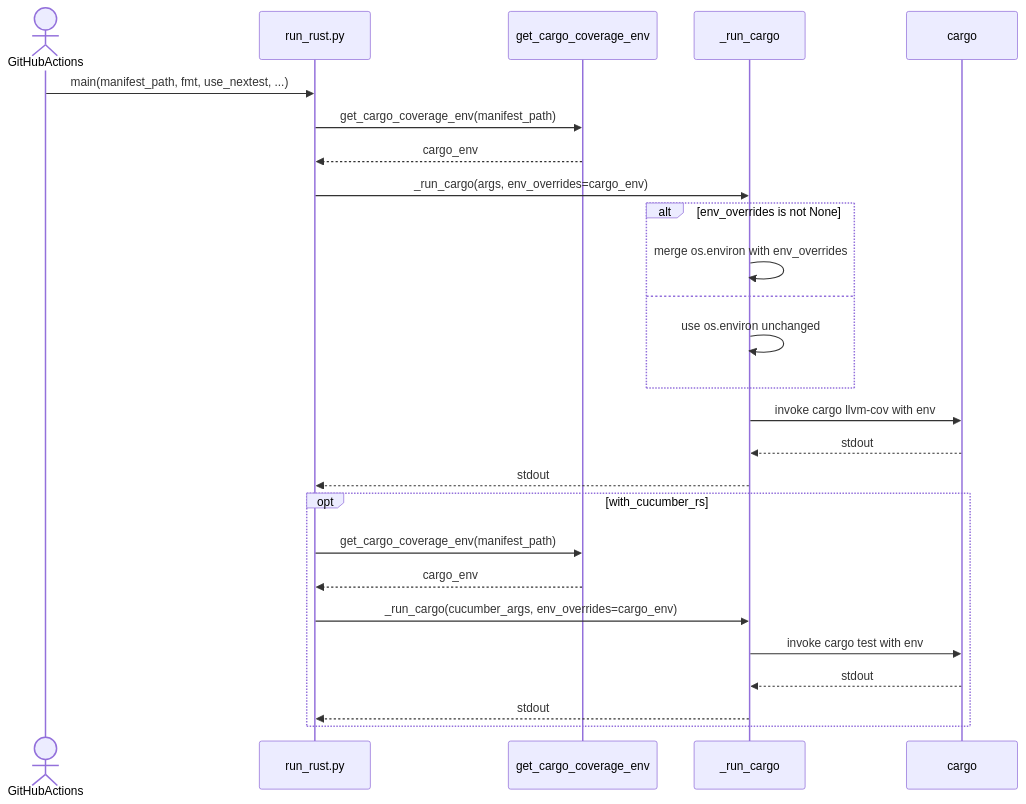
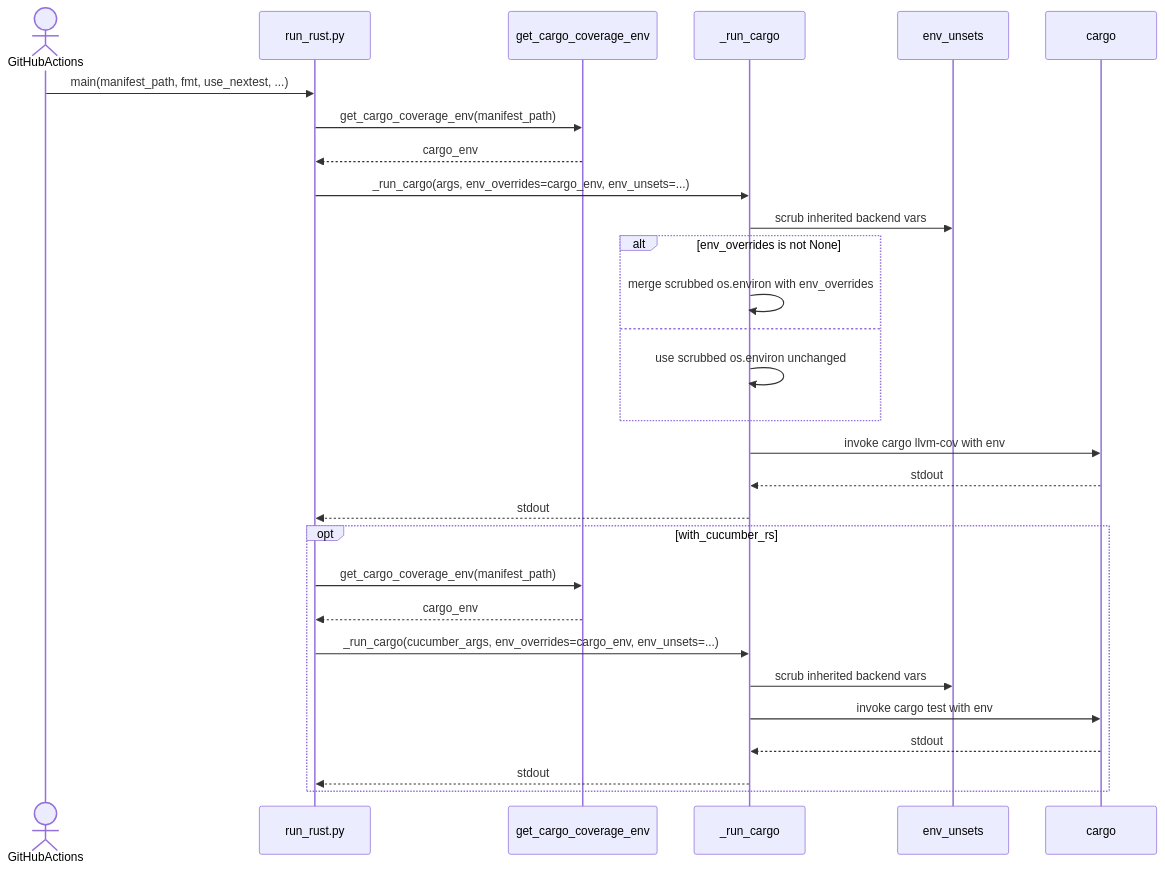
One commit to leynos/shared-actions changed the second of 2 diagrams in .github/actions/generate-coverage/README.md. Above: the diagram before and after it, drawn with Mermaid. The commit also changed other lines of this file and 3 other files, not shown here.

````diff
--- a/.github/actions/generate-coverage/README.md
+++ b/.github/actions/generate-coverage/README.md
@@ -51,30 +48,33 @@
 ```mermaid
 sequenceDiagram
     actor GitHubActions
     participant run_rust_py as run_rust.py
     participant get_cargo_coverage_env
     participant _run_cargo
+    participant env_unsets
     participant cargo
 
     GitHubActions->>run_rust_py: main(manifest_path, fmt, use_nextest, ...)
     run_rust_py->>get_cargo_coverage_env: get_cargo_coverage_env(manifest_path)
     get_cargo_coverage_env-->>run_rust_py: cargo_env
-    run_rust_py->>_run_cargo: _run_cargo(args, env_overrides=cargo_env)
+    run_rust_py->>_run_cargo: _run_cargo(args, env_overrides=cargo_env, env_unsets=...)
+    _run_cargo->>env_unsets: scrub inherited backend vars
     alt env_overrides is not None
-        _run_cargo->>_run_cargo: merge os.environ with env_overrides
+        _run_cargo->>_run_cargo: merge scrubbed os.environ with env_overrides
     else
-        _run_cargo->>_run_cargo: use os.environ unchanged
+        _run_cargo->>_run_cargo: use scrubbed os.environ unchanged
     end
     _run_cargo->>cargo: invoke cargo llvm-cov with env
     cargo-->>_run_cargo: stdout
     _run_cargo-->>run_rust_py: stdout
 
     opt with_cucumber_rs
         run_rust_py->>get_cargo_coverage_env: get_cargo_coverage_env(manifest_path)
         get_cargo_coverage_env-->>run_rust_py: cargo_env
-        run_rust_py->>_run_cargo: _run_cargo(cucumber_args, env_overrides=cargo_env)
+        run_rust_py->>_run_cargo: _run_cargo(cucumber_args, env_overrides=cargo_env, env_unsets=...)
+        _run_cargo->>env_unsets: scrub inherited backend vars
         _run_cargo->>cargo: invoke cargo test with env
         cargo-->>_run_cargo: stdout
         _run_cargo-->>run_rust_py: stdout
     end
 ```
````
